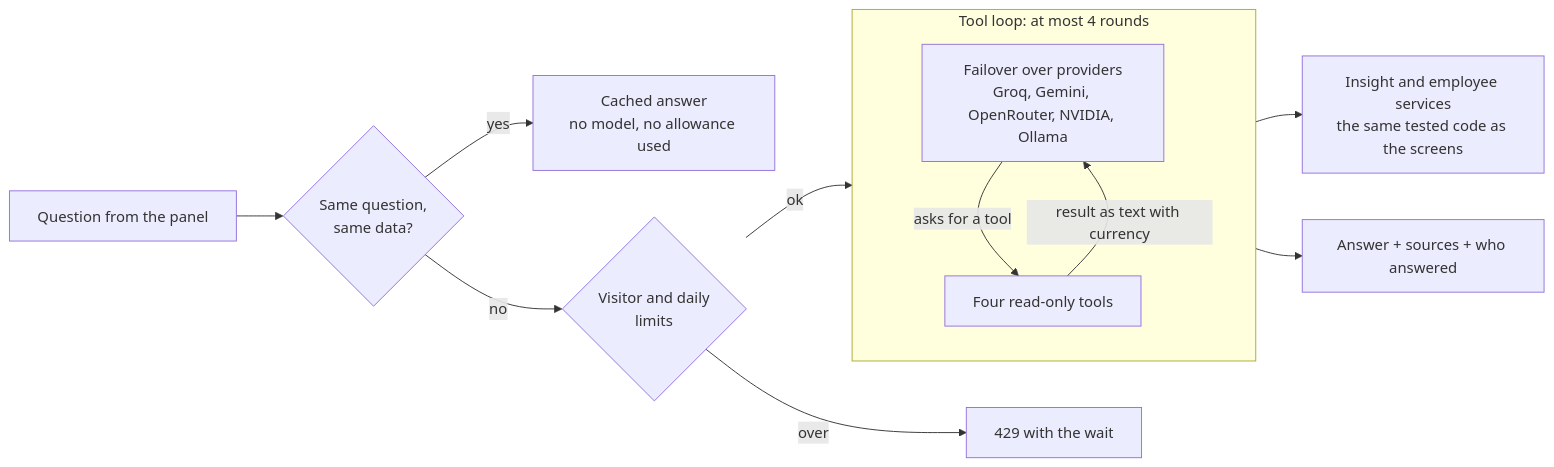
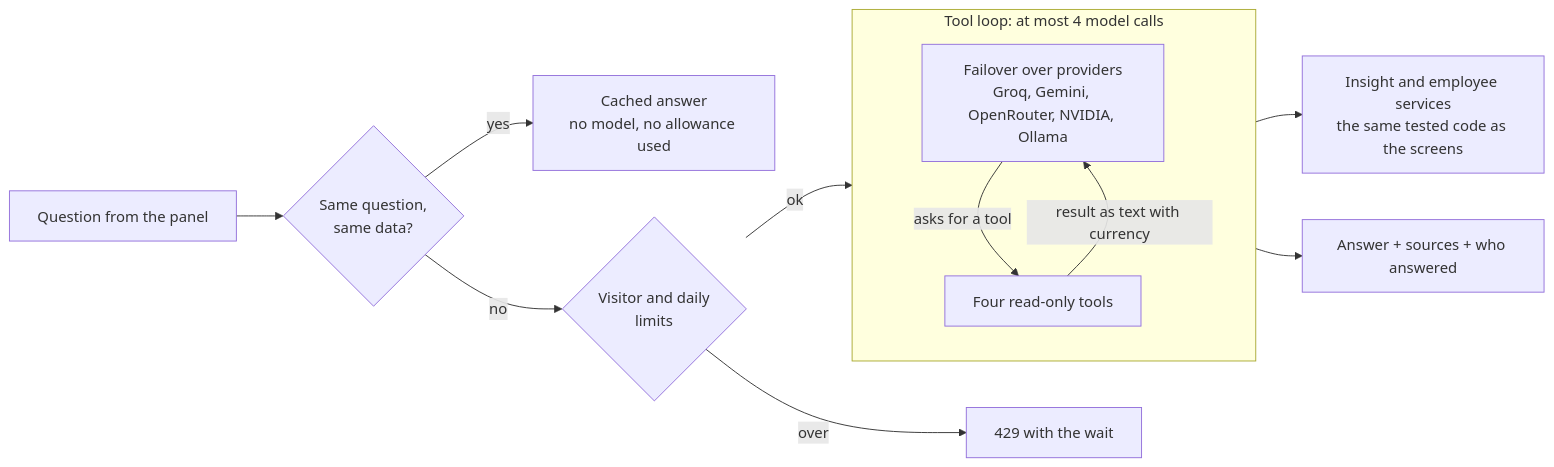
Before and after one commit to aakashmishra12/incubyte-salary-management: the third of 4 diagrams in docs/ARCHITECTURE.md, drawn with Mermaid. The commit also changed other lines of this file and 13 other files, not shown here.

````diff
--- a/docs/ARCHITECTURE.md
+++ b/docs/ARCHITECTURE.md
@@ -75,19 +77,19 @@
 ```mermaid
 flowchart LR
     Q[Question from the panel] --> Cache{Same question,<br/>same data?}
     Cache -- yes --> Free[Cached answer<br/>no model, no allowance used]
     Cache -- no --> Limit{Visitor and daily<br/>limits}
     Limit -- over --> R429[429 with the wait]
     Limit -- ok --> Loop
 
-    subgraph Loop["Tool loop: at most 4 rounds"]
+    subgraph Loop["Tool loop: at most 4 model calls"]
         direction TB
         Fail[Failover over providers<br/>Groq, Gemini, OpenRouter, NVIDIA, Ollama]
         Tools[Four read-only tools]
         Fail -- "asks for a tool" --> Tools
         Tools -- "result as text with currency" --> Fail
     end
 
     Loop --> A[Answer + sources + who answered]
     Tools --> Services[Insight and employee services<br/>the same tested code as the screens]
 ```
````
